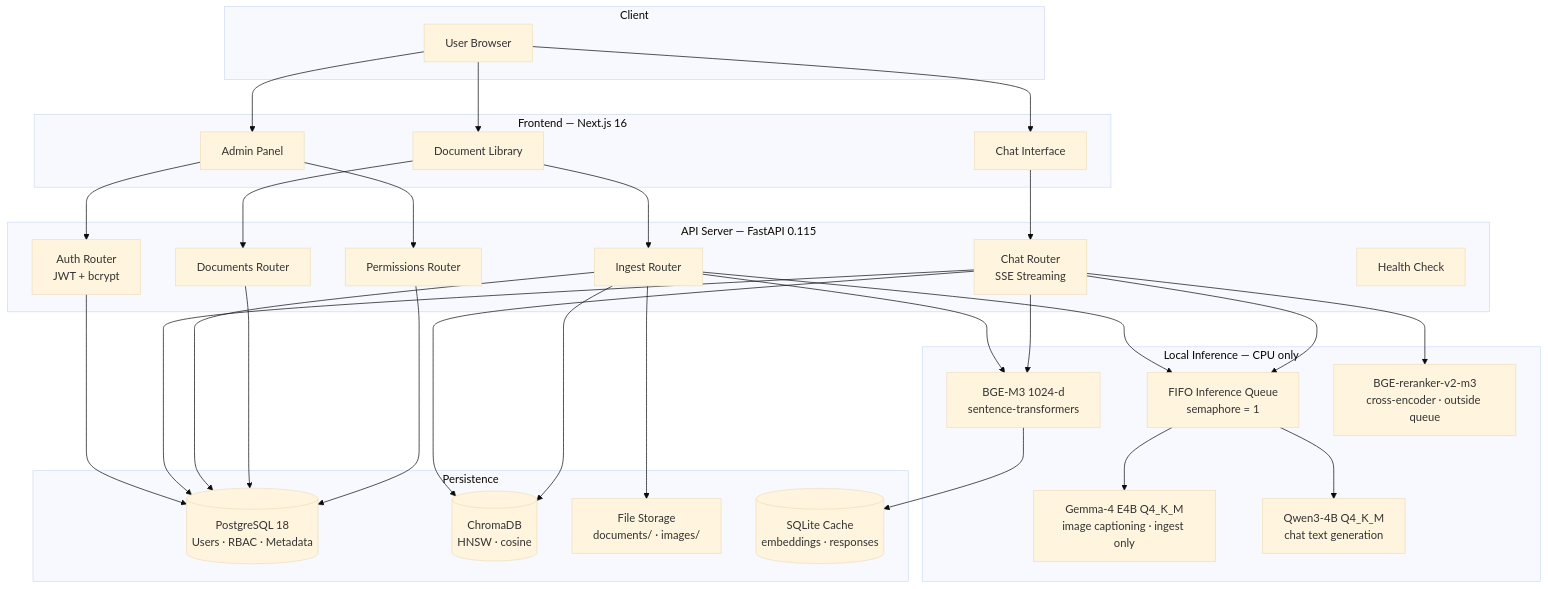
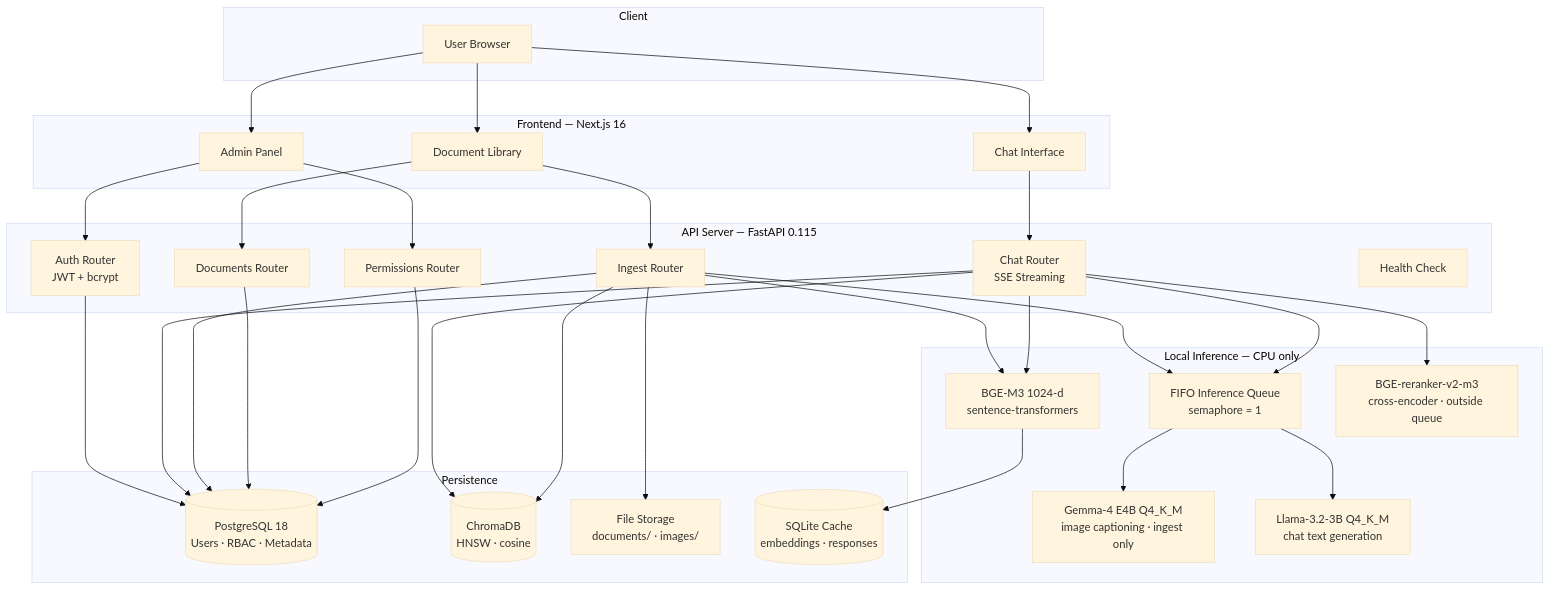
One commit to ChristianMendozaa/BMSC_RAG_System changed the first of 4 diagrams in README.md. Above: the diagram before and after it, drawn with Mermaid (base theme). The commit also changed other lines of this file and 7 other files, not shown here.

Commit message:
feat: Update LLM model references from Qwen3-4B to Llama-3.2-3B across documentation and configuration

````diff
--- a/README.md
+++ b/README.md
@@ -24,58 +24,58 @@
 ```mermaid
 graph TD
     subgraph Client
         U[User Browser]
     end
 
     subgraph Frontend["Frontend — Next.js 16"]
         FE_CHAT[Chat Interface]
         FE_ADMIN[Admin Panel]
         FE_DOCS[Document Library]
     end
 
     subgraph API["API Server — FastAPI 0.115"]
         AUTH[Auth Router<br/>JWT + bcrypt]
         CHAT_R[Chat Router<br/>SSE Streaming]
         INGEST_R[Ingest Router]
         DOC_R[Documents Router]
         PERM_R[Permissions Router]
         HEALTH[Health Check]
     end
 
     subgraph Inference["Local Inference — CPU only"]
         QUEUE[FIFO Inference Queue<br/>semaphore = 1]
         GEMMA[Gemma-4 E4B Q4_K_M<br/>image captioning · ingest only]
-        QWEN[Qwen3-4B Q4_K_M<br/>chat text generation]
+        QWEN[Llama-3.2-3B Q4_K_M<br/>chat text generation]
         EMBED[BGE-M3 1024-d<br/>sentence-transformers]
         RERANK[BGE-reranker-v2-m3<br/>cross-encoder · outside queue]
     end
 
     subgraph Storage["Persistence"]
         PG[(PostgreSQL 18<br/>Users · RBAC · Metadata)]
         CHROMA[(ChromaDB<br/>HNSW · cosine)]
         FS[File Storage<br/>documents/ · images/]
         CACHE[(SQLite Cache<br/>embeddings · responses)]
     end
 
     U --> FE_CHAT & FE_ADMIN & FE_DOCS
     FE_CHAT --> CHAT_R
     FE_DOCS --> INGEST_R & DOC_R
     FE_ADMIN --> AUTH & PERM_R
 
     INGEST_R --> QUEUE --> GEMMA
     CHAT_R --> QUEUE --> QWEN
     CHAT_R --> RERANK
     INGEST_R --> EMBED
     CHAT_R --> EMBED
     EMBED --> CACHE
 
     CHAT_R --> CHROMA
     INGEST_R --> CHROMA
     INGEST_R --> FS
 
     AUTH --> PG
     CHAT_R --> PG
     INGEST_R --> PG
     DOC_R --> PG
     PERM_R --> PG
 ```
````
